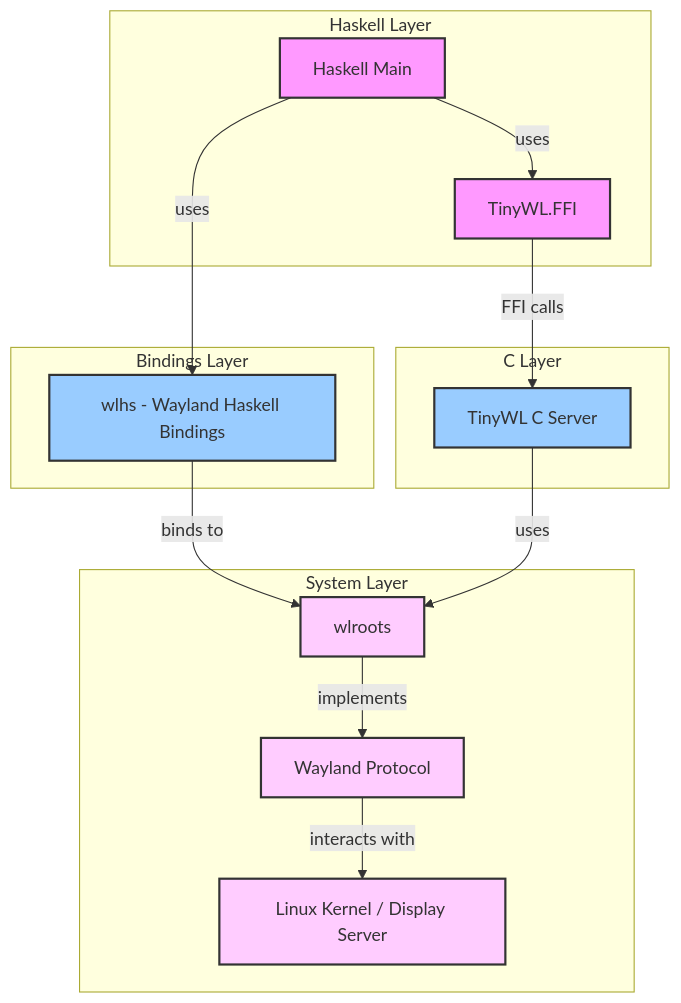
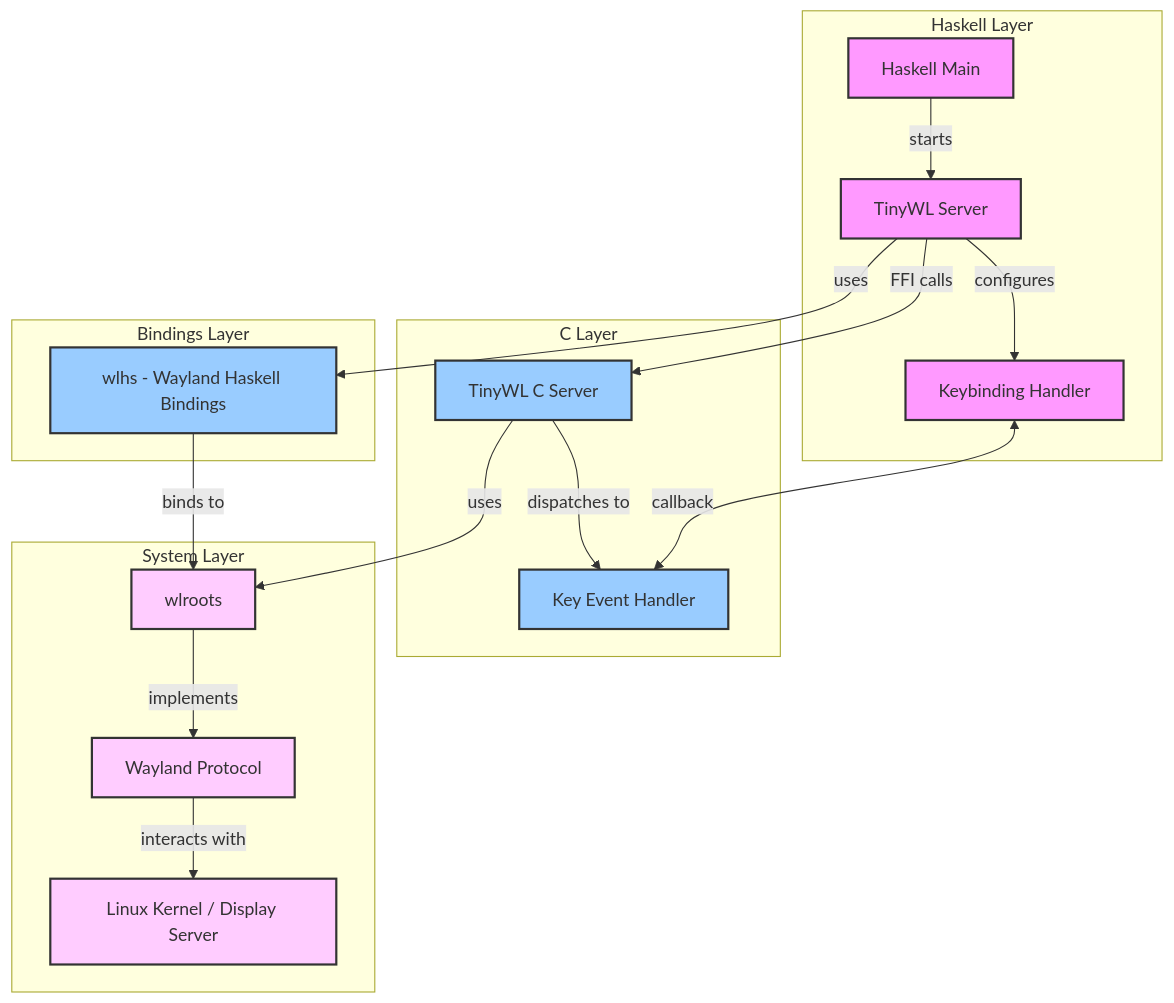
Before and after one commit to l-Shane-l/tiny-wlhs: the diagram in README.md, drawn with Mermaid. The commit also changed other lines of this file and 3 other files, not shown here.

````diff
--- a/README.md
+++ b/README.md
@@ -16,36 +21,37 @@
 ```mermaid
 graph TB
     subgraph "Haskell Layer"
         A[Haskell Main]
-        B[TinyWL.FFI]
+        B[TinyWL Server]
+        H[Keybinding Handler]
     end
-
     subgraph "Bindings Layer"
         C[wlhs - Wayland Haskell Bindings]
     end
-
     subgraph "C Layer"
         D[TinyWL C Server]
+        I[Key Event Handler]
     end
-
     subgraph "System Layer"
         E[wlroots]
         F[Wayland Protocol]
         G[Linux Kernel / Display Server]
     end
-
-    A -->|uses| B
-    A -->|uses| C
+    A -->|starts| B
+    B -->|uses| C
+    B -->|configures| H
+    H <-->|callback| I
     B -->|FFI calls| D
     C -->|binds to| E
     D -->|uses| E
+    D -->|dispatches to| I
     E -->|implements| F
     F -->|interacts with| G
 
     classDef haskell fill:#f9f,stroke:#333,stroke-width:2px;
     classDef c fill:#9cf,stroke:#333,stroke-width:2px;
     classDef system fill:#fcf,stroke:#333,stroke-width:2px;
-    class A,B haskell;
-    class C,D c;
+    class A,B,H haskell;
+    class C,D,I c;
     class E,F,G system;
 ```
````
